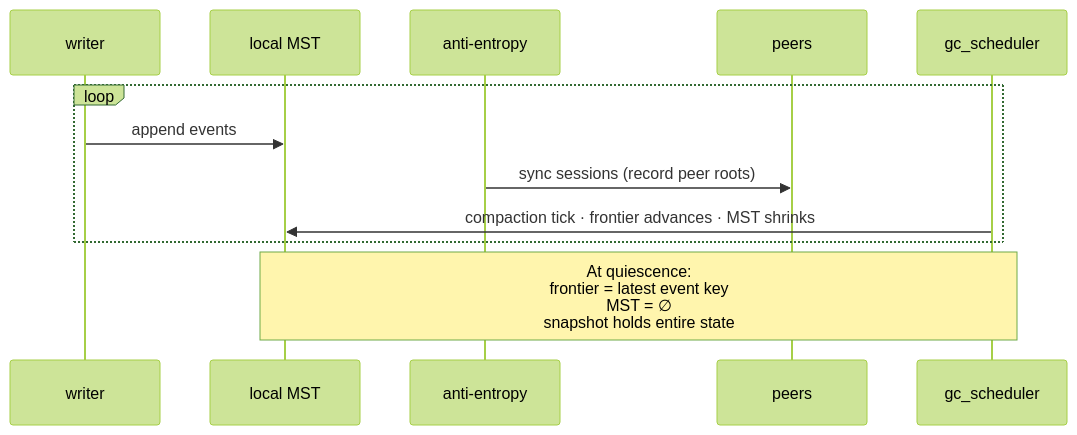
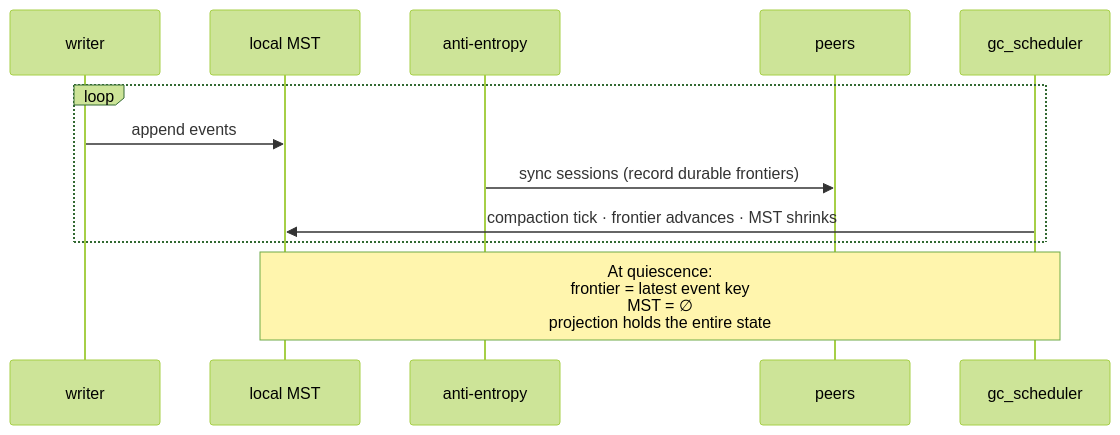
One commit to bondy-io/bondy changed diagram 11 of 15 in apps/bondy_db/doc_extras/architecture/06_compaction_and_bootstrap.md. Above: the diagram before and after it, drawn with Mermaid (forest theme). The commit also changed other lines of this file and 449 other files, not shown here.

````diff
--- a/apps/bondy_db/doc_extras/architecture/06_compaction_and_bootstrap.md
+++ b/apps/bondy_db/doc_extras/architecture/06_compaction_and_bootstrap.md
@@ -544,15 +686,15 @@
 ```mermaid
 sequenceDiagram
     participant W as writer
     participant L as local MST
     participant AE as anti-entropy
     participant P as peers
     participant GC as gc_scheduler
 
     loop
         W->>L: append events
-        AE->>P: sync sessions (record peer roots)
+        AE->>P: sync sessions (record durable frontiers)
         GC->>L: compaction tick · frontier advances · MST shrinks
     end
-    Note over L,GC: At quiescence:<br/>frontier = latest event key<br/>MST = ∅<br/>snapshot holds entire state
+    Note over L,GC: At quiescence:<br/>frontier = latest event key<br/>MST = ∅<br/>projection holds the entire state
 ```
````
